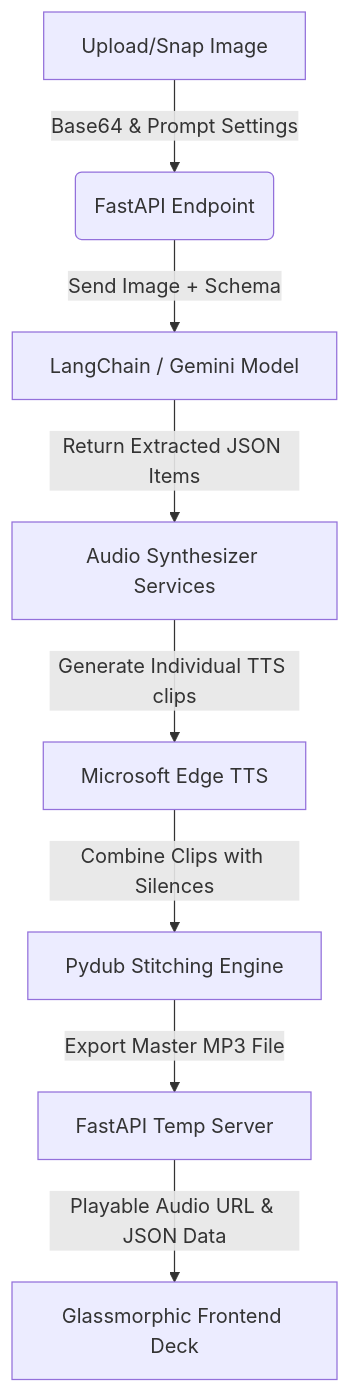
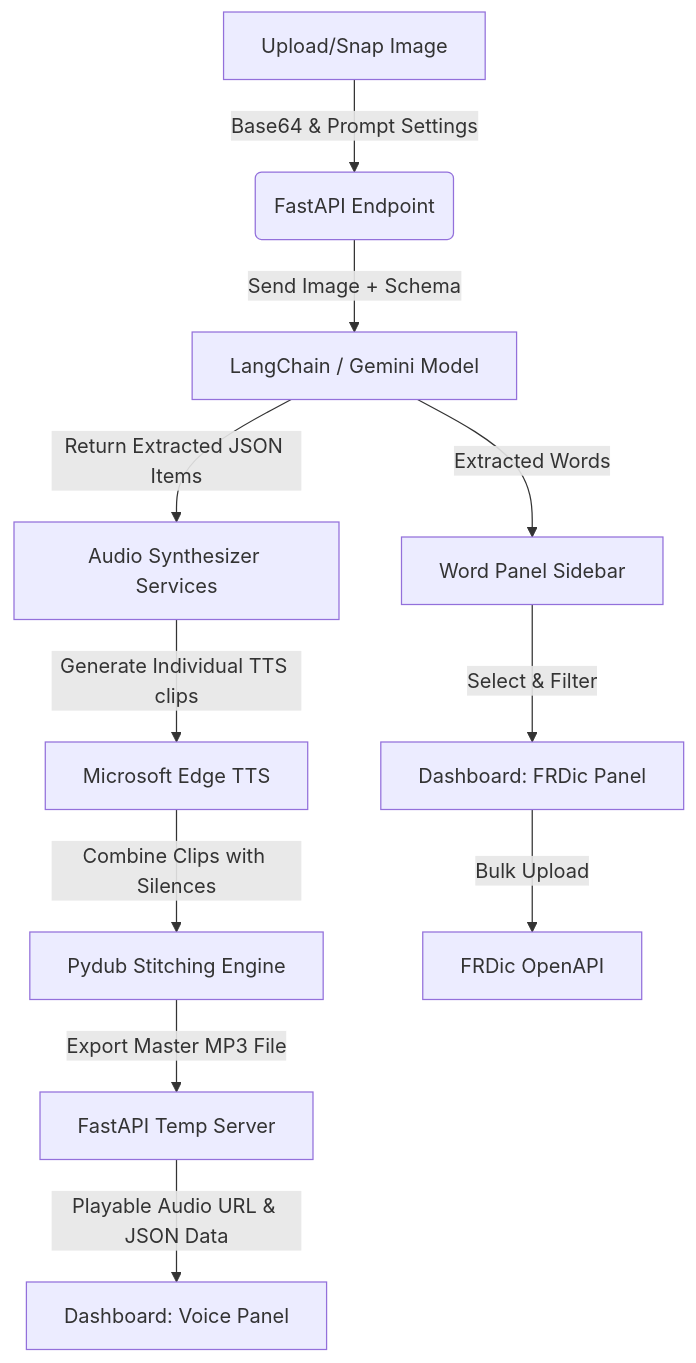
One commit to blakejjia/SnapSpeak changed the diagram in README.md. Above: the diagram before and after it, drawn with Mermaid. The commit also changed other lines of this file and 8 other files, not shown here.

````diff
--- a/README.md
+++ b/README.md
@@ -57,10 +55,13 @@
 ```mermaid
 graph TD
     A[Upload/Snap Image] -->|Base64 & Prompt Settings| B(FastAPI Endpoint)
     B -->|Send Image + Schema| C[LangChain / Gemini Model]
     C -->|Return Extracted JSON Items| D[Audio Synthesizer Services]
     D -->|Generate Individual TTS clips| E[Microsoft Edge TTS]
     E -->|Combine Clips with Silences| F[Pydub Stitching Engine]
     F -->|Export Master MP3 File| G[FastAPI Temp Server]
-    G -->|Playable Audio URL & JSON Data| H[Glassmorphic Frontend Deck]
+    G -->|Playable Audio URL & JSON Data| H[Dashboard: Voice Panel]
+    C -->|Extracted Words| I[Word Panel Sidebar]
+    I -->|Select & Filter| J[Dashboard: FRDic Panel]
+    J -->|Bulk Upload| K[FRDic OpenAPI]
 ```
````
